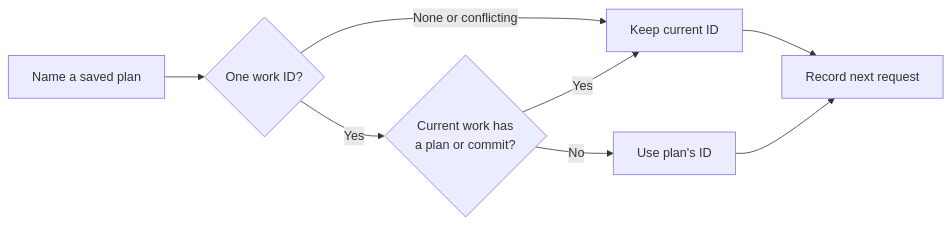
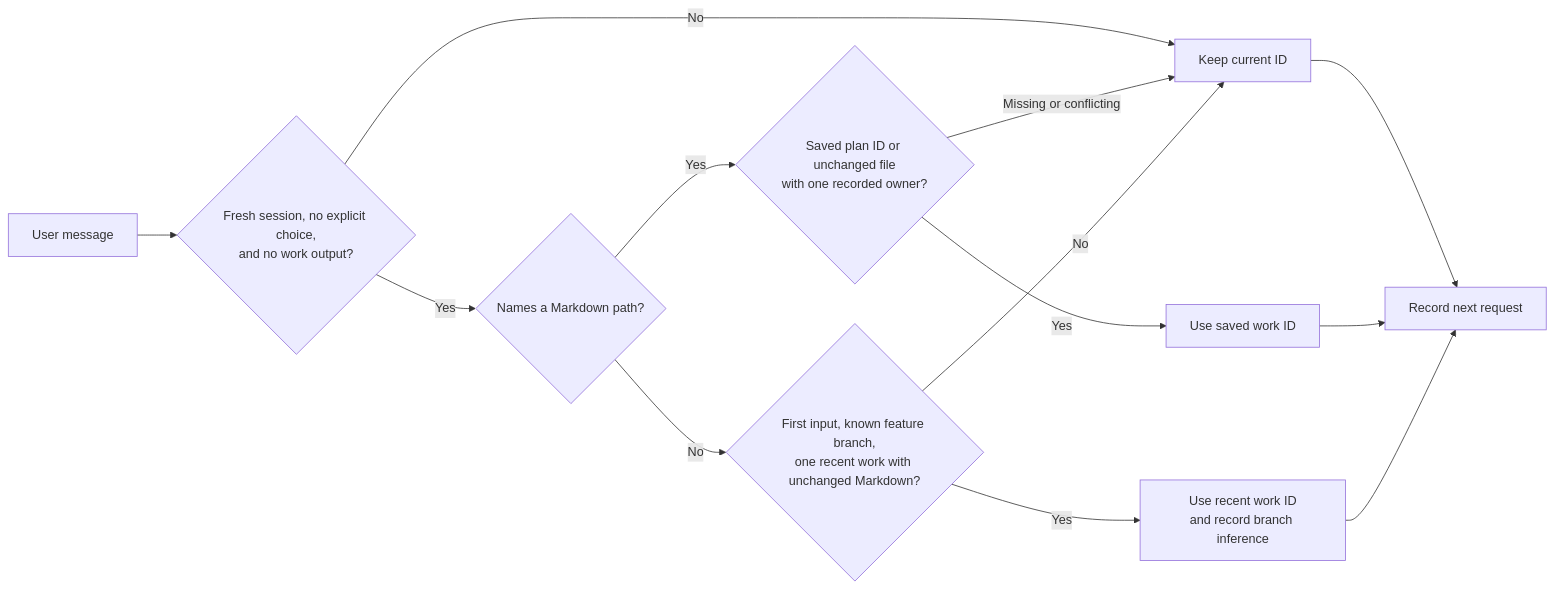
Before and after one commit to getkimchi/kimchi: the second of 5 diagrams in docs/work-attribution.md, drawn with Mermaid. The commit also changed other lines of this file and 14 other files, not shown here.

Commit message:
feat(attribution): recover cross-session work

````diff
--- a/docs/work-attribution.md
+++ b/docs/work-attribution.md
@@ -53,10 +54,15 @@
 ```mermaid
 flowchart LR
-    P["Name a saved plan"] --> I{"One work ID?"}
-    I -->|None or conflicting| K["Keep current ID"]
-    I -->|Yes| E{"Current work has<br/>a plan or commit?"}
-    E -->|Yes| K
-    E -->|No| A["Use plan's ID"]
+    P["User message"] --> E{"Fresh session, no explicit choice,<br/>and no work output?"}
+    E -->|No| K["Keep current ID"]
+    E -->|Yes| N{"Names a Markdown path?"}
+    N -->|Yes| I{"Saved plan ID or unchanged file<br/>with one recorded owner?"}
+    I -->|Missing or conflicting| K
+    I -->|Yes| A["Use saved work ID"]
+    N -->|No| B{"First input, known feature branch,<br/>one recent work with unchanged Markdown?"}
+    B -->|No| K
+    B -->|Yes| H["Use recent work ID<br/>and record branch inference"]
     K --> R["Record next request"]
     A --> R
+    H --> R
 ```
````
